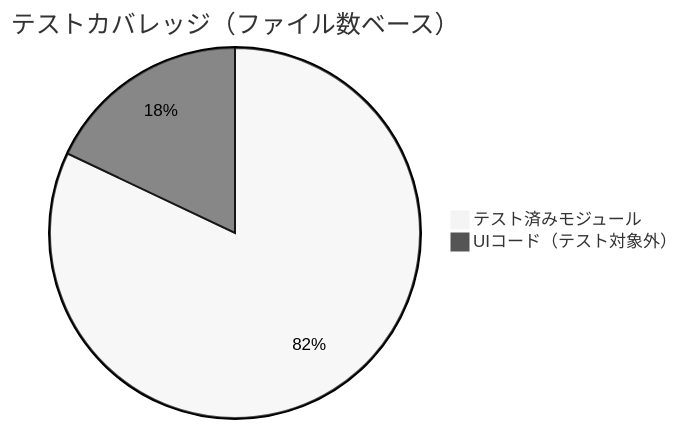
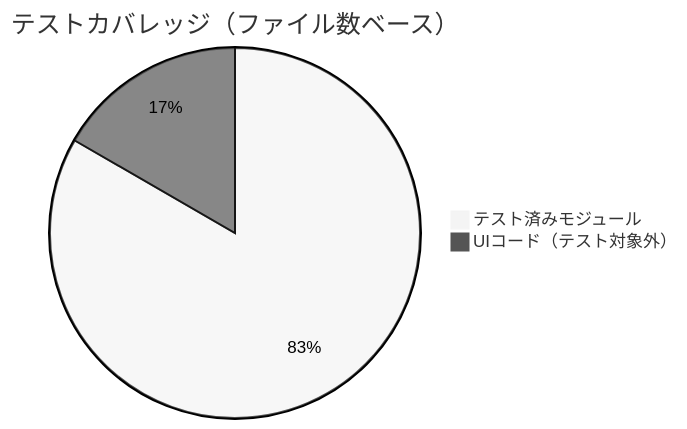
Before and after one commit to tanaton/mendo: diagram 22 of 28 in example/test.md, drawn with Mermaid (neutral theme). The commit also changed other lines of this file, not shown here.

````diff
--- a/example/test.md
+++ b/example/test.md
@@ -1674,5 +1845,5 @@
 ```mermaid
 pie title テストカバレッジ（ファイル数ベース）
-    "テスト済みモジュール" : 32
+    "テスト済みモジュール" : 35
     "UIコード（テスト対象外）" : 7
 ```
````
